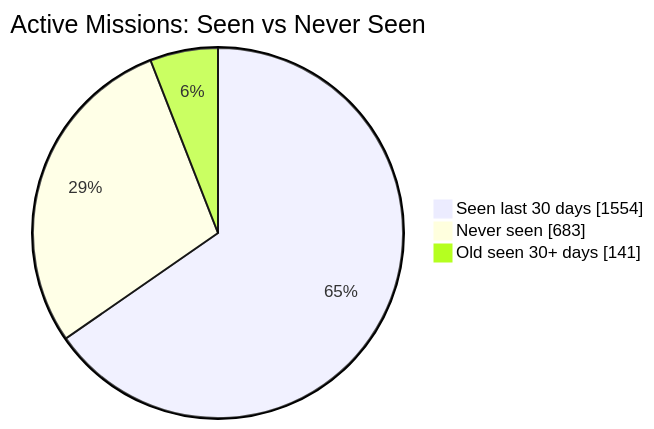
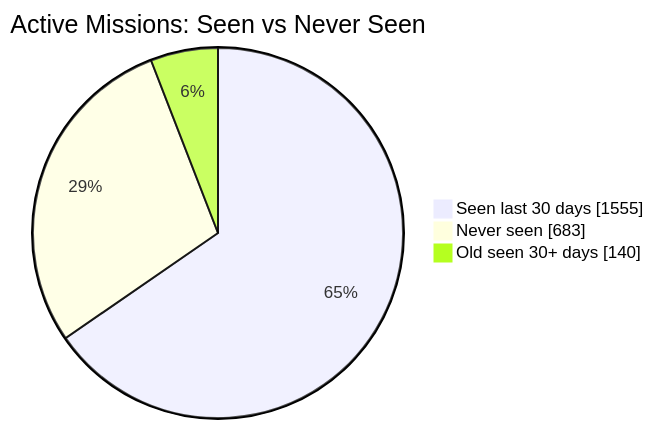
The first of 2 diagrams in README.md (MeldkamerspelGameTeam/active-missions), drawn with Mermaid before and after one commit. The commit also changed other lines of this file and 2 other files, not shown here.

````diff
--- a/README.md
+++ b/README.md
@@ -34,7 +34,7 @@
 ```mermaid
 pie showData
     title Active Missions: Seen vs Never Seen
-    "Seen last 30 days" : 1554
+    "Seen last 30 days" : 1555
     "Never seen" : 683
-    "Old seen 30+ days" : 141
+    "Old seen 30+ days" : 140
 ```
````
